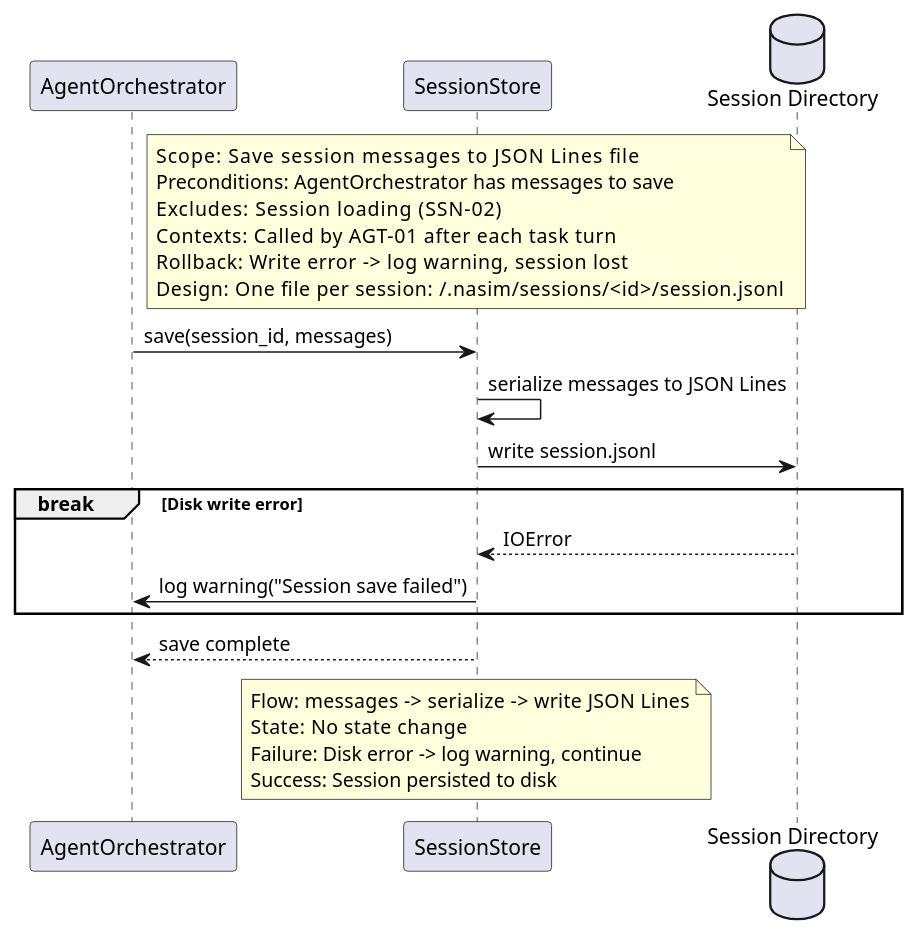
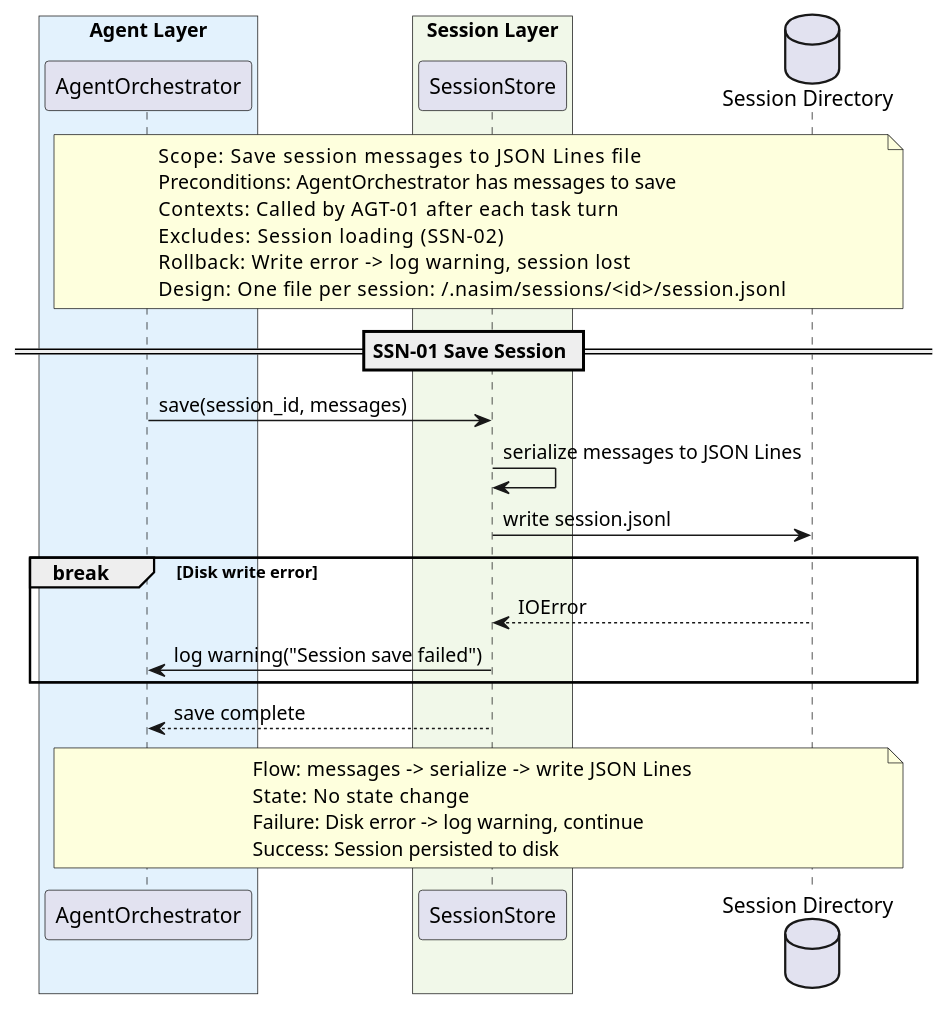
One commit to salimnamvar/nasim changed the diagram in docs/sq/SSN/sq_ssn01_save_session.puml. Above: the diagram before and after it, drawn with PlantUML. The commit also changed 37 other files, not shown here.

First line of the commit message:
docs: Refactor and enhance SQ, CTX, LLM, PRV, SAF, SSN, and TL diagrams for clarity and consistency

```diff
--- a/docs/sq/SSN/sq_ssn01_save_session.puml
+++ b/docs/sq/SSN/sq_ssn01_save_session.puml
@@ -1,48 +1,49 @@
 @startuml sq_ssn01_save_session
 ' ============================================================
 ' Title:     SSN-01 — Save Session
 ' Boundary:  nasim code agent CLI
 ' Purpose:   Persist conversation history to disk
 ' Milestone: v1.0
 ' Version:   2.0.0
 ' Source:    docs/audit/audit_2026-06-20_capability-and-architecture.md
 ' Review:    —
 ' ============================================================
 
-participant "AgentOrchestrator" as agent
-participant "SessionStore" as store
+box "Agent Layer" #E3F2FD
+  participant "AgentOrchestrator" as agent
+end box
+box "Session Layer" #F1F8E9
+  participant "SessionStore" as store
+end box
 database "Session Directory" as dir
 
-box "Agent Layer" #E3F2FD
-end box
-box "Session Layer" #F1F8E9
-end box
-
-note over store
+note over agent, dir
   Scope:          Save session messages to JSON Lines file
   Preconditions:  AgentOrchestrator has messages to save
+  Contexts:       Called by AGT-01 after each task turn
   Excludes:       Session loading (SSN-02)
-  Contexts:       Called by AGT-01 after each task turn
   Rollback:       Write error -> log warning, session lost
   Design:         One file per session: ~/.nasim/sessions/<id>/session.jsonl
 end note
+
+== SSN-01 Save Session ==
 
 agent -> store : save(session_id, messages)
 store -> store : serialize messages to JSON Lines
 store -> dir : write session.jsonl
 
 break Disk write error
     dir --> store : IOError
     store -> agent : log warning("Session save failed")
 end
 
 store --> agent : save complete
 
-note over store
+note over agent, dir
   Flow:    messages -> serialize -> write JSON Lines
   State:   No state change
   Failure: Disk error -> log warning, continue
   Success: Session persisted to disk
 end note
 
 @enduml
```
